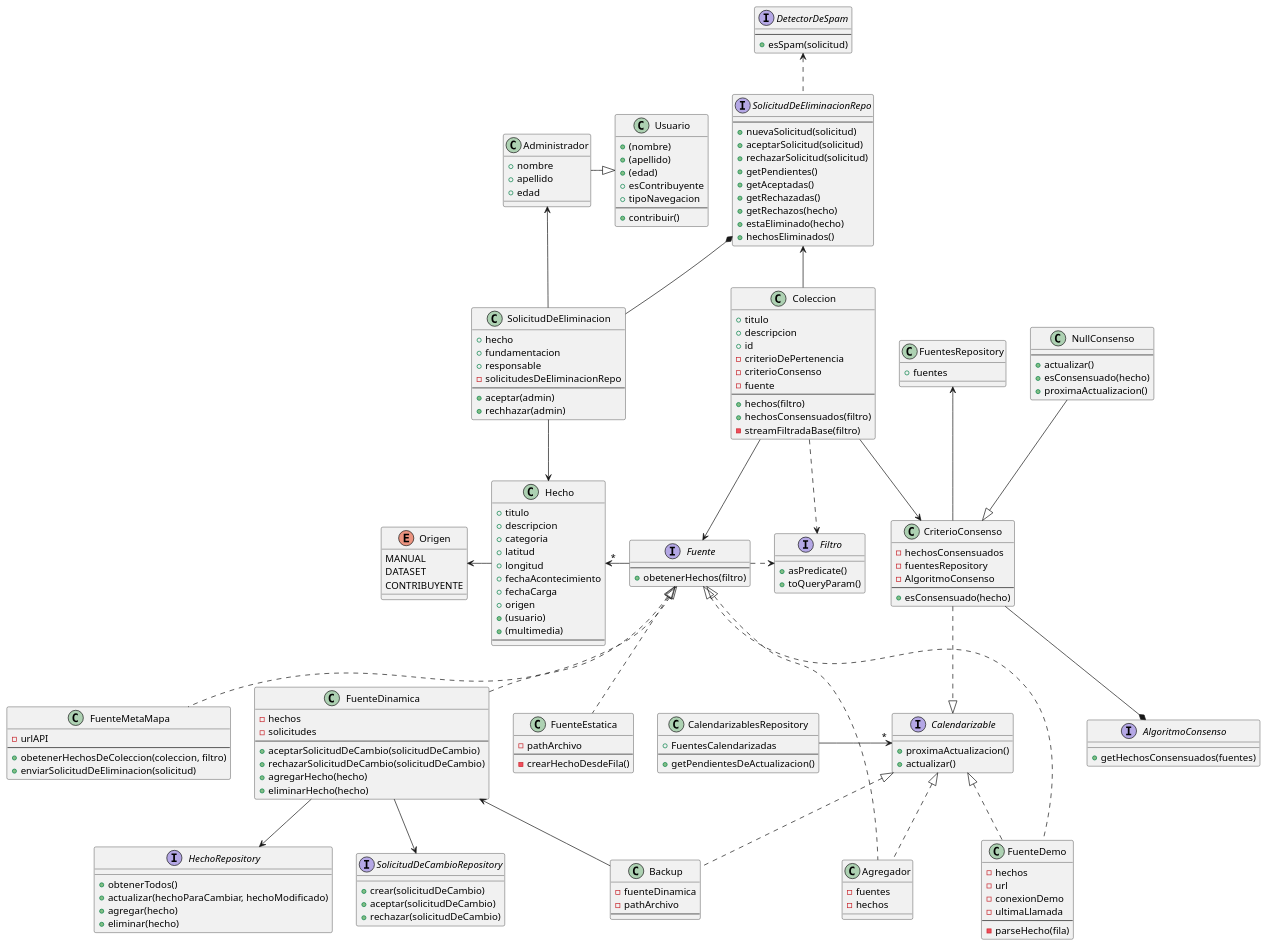
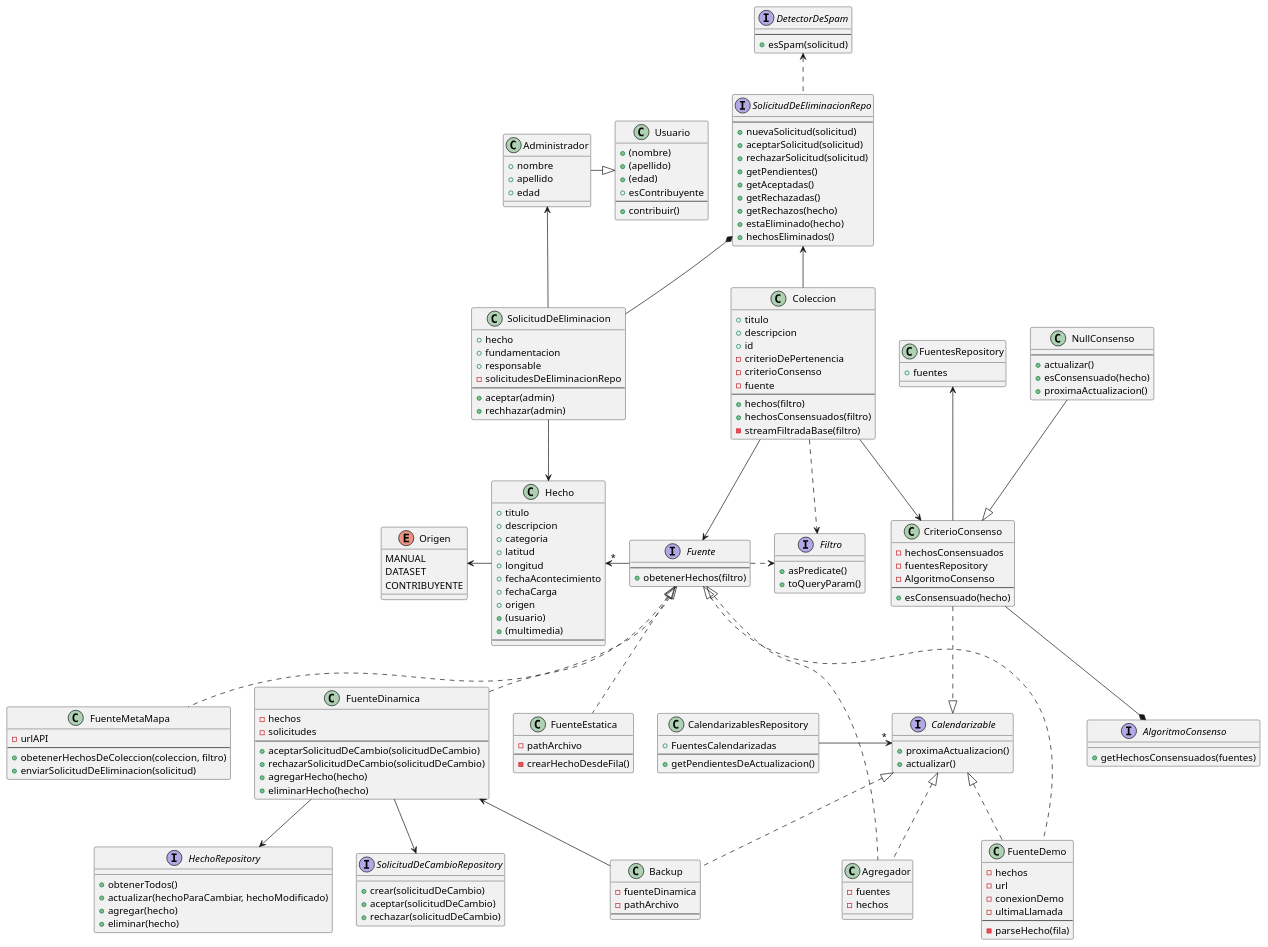
Before and after one commit to lrizzitano/Metamapa: the diagram in diagramas/diagrama-clases.puml, drawn with PlantUML. The commit also changed 1 other file, not shown here.

Commit message:
actualizo diagramas para la entrega 3

```diff
--- a/diagramas/diagrama-clases.puml
+++ b/diagramas/diagrama-clases.puml
@@ -5,7 +5,6 @@
     +(apellido)
     +(edad)
     +esContribuyente
-    +tipoNavegacion
     --
     +contribuir()
 }
```
